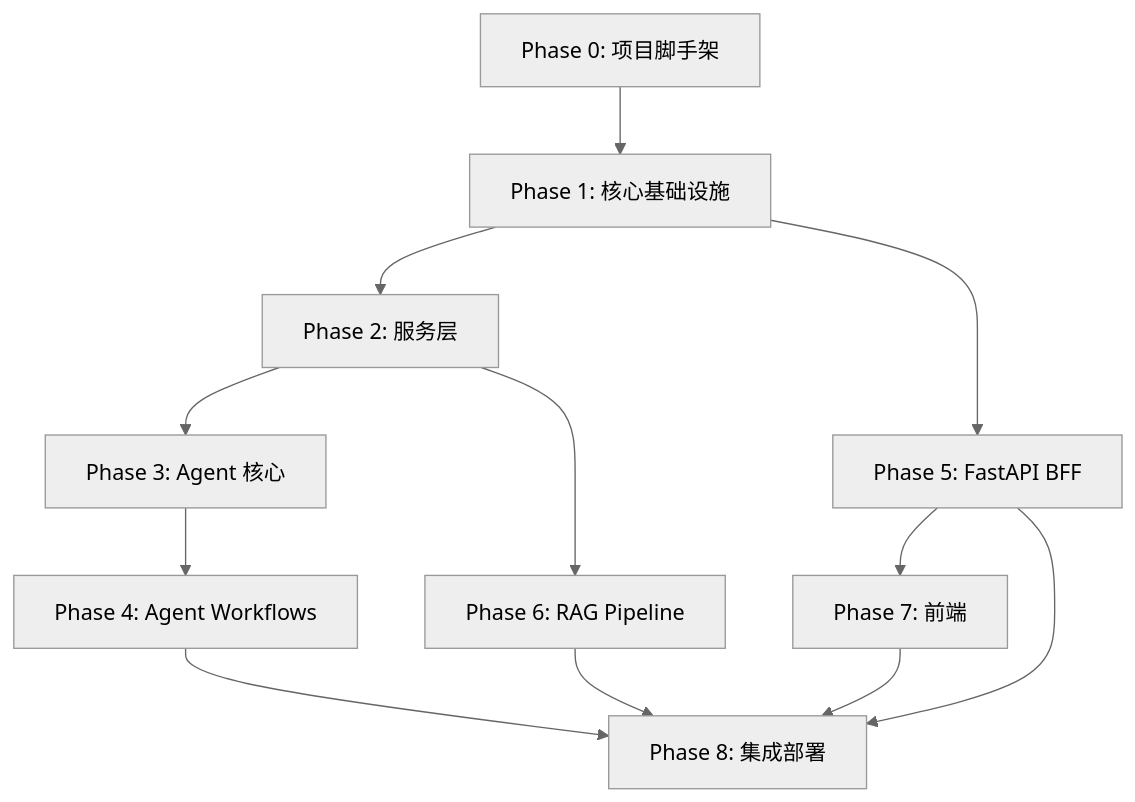
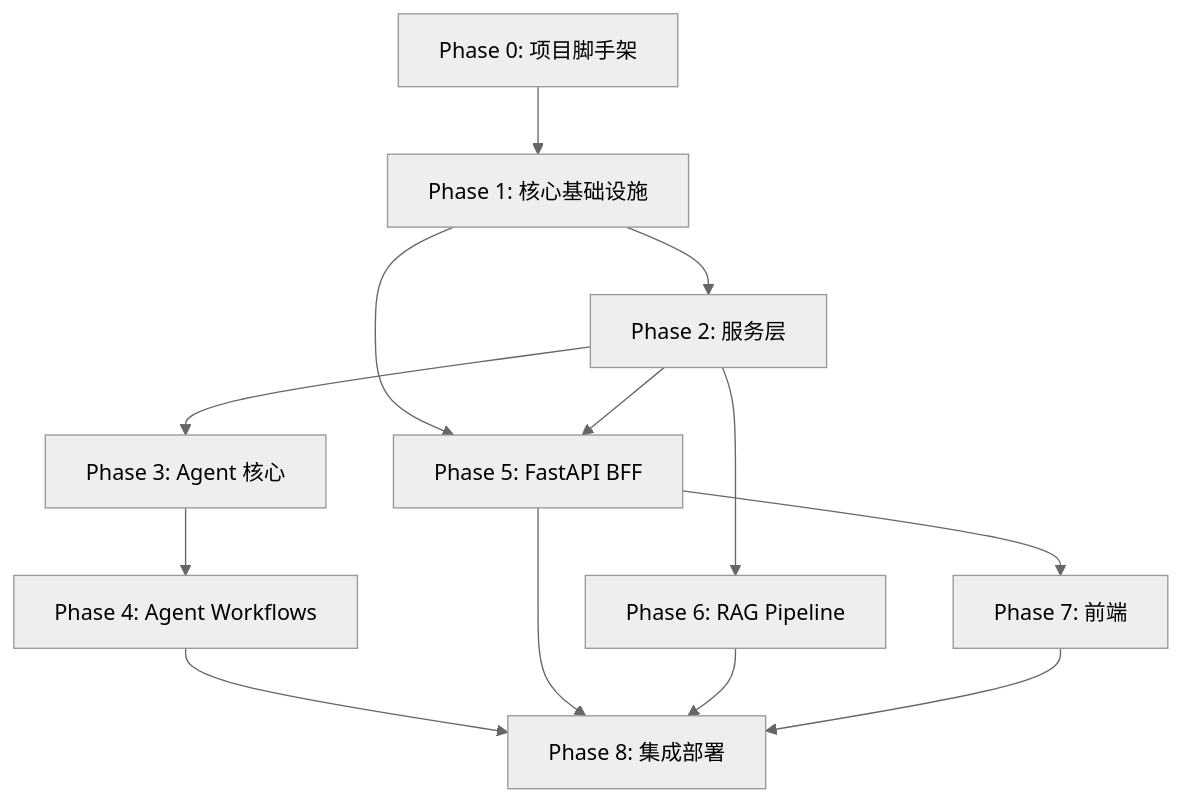
One commit to mengdehong/ResearchCopilot changed the diagram in docs/superpowers/plans/2026-03-19-implementation-overview.md. Above: the diagram before and after it, drawn with Mermaid (neutral theme). The commit also changed other lines of this file and 4 other files, not shown here.

````diff
--- a/docs/superpowers/plans/2026-03-19-implementation-overview.md
+++ b/docs/superpowers/plans/2026-03-19-implementation-overview.md
@@ -15,14 +15,15 @@
 ```mermaid
 graph TD
     P0["Phase 0: 项目脚手架"] --> P1["Phase 1: 核心基础设施"]
     P1 --> P2["Phase 2: 服务层"]
     P1 --> P5["Phase 5: FastAPI BFF"]
+    P2 --> P5
     P2 --> P3["Phase 3: Agent 核心"]
     P2 --> P6["Phase 6: RAG Pipeline"]
     P3 --> P4["Phase 4: Agent Workflows"]
     P5 --> P7["Phase 7: 前端"]
     P4 --> P8["Phase 8: 集成部署"]
     P5 --> P8
     P6 --> P8
     P7 --> P8
 ```
````
